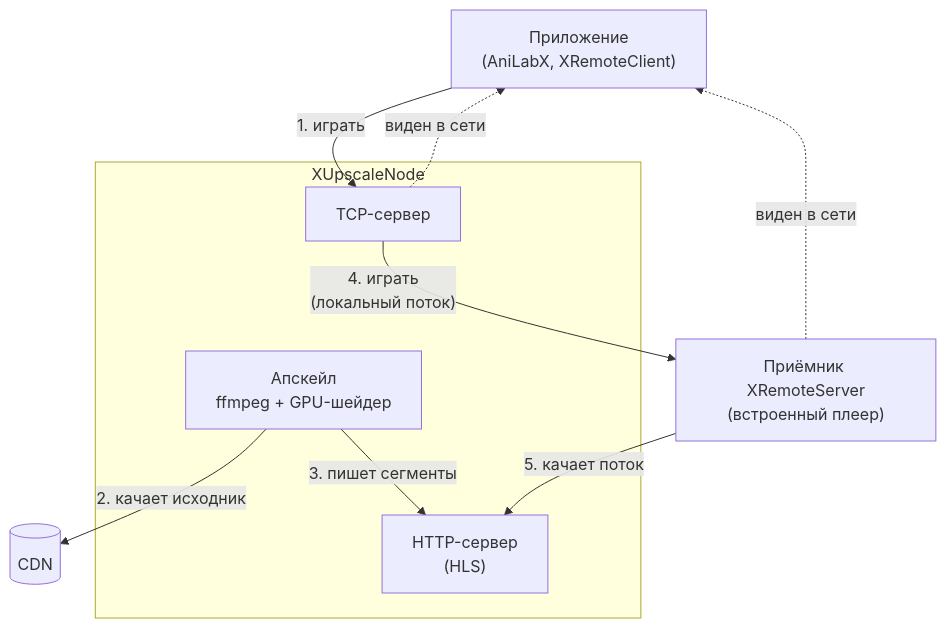
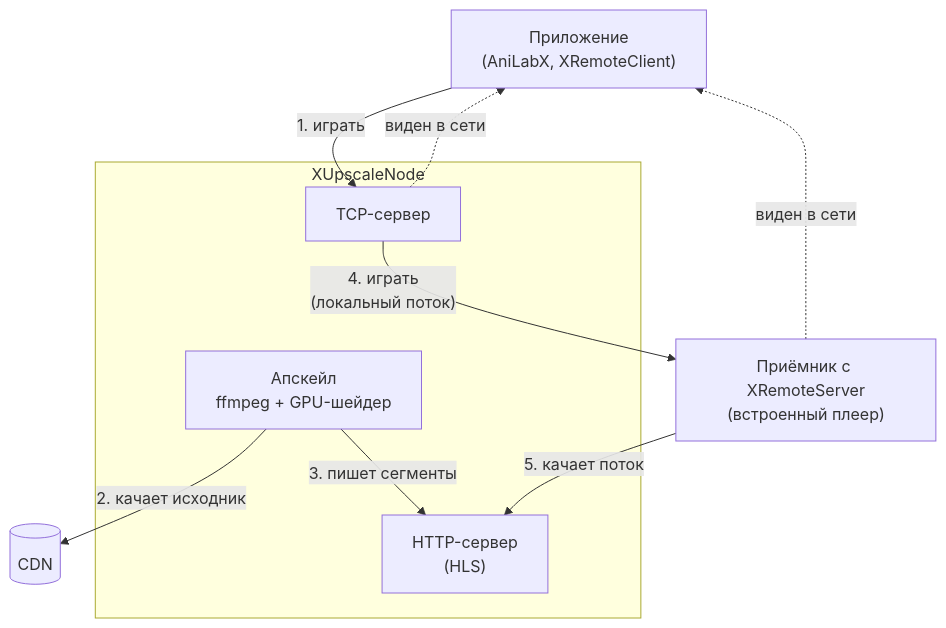
Before and after one commit to ItsRainingToday/XUpscaleNode: the first of 2 diagrams in README.md, drawn with Mermaid.

````diff
--- a/README.md
+++ b/README.md
@@ -33,20 +33,20 @@
 ```mermaid
 flowchart TD
     A["Приложение\n(AniLabX, XRemoteClient)"]
-    E["Приёмник XRemoteServer\n(встроенный плеер)"]
+    E["Приёмник c XRemoteServer\n(встроенный плеер)"]
     F[("CDN")]
 
     subgraph node["XUpscaleNode"]
         B["TCP-сервер"]
         C["Апскейл\nffmpeg + GPU-шейдер"]
         D["HTTP-сервер\n(HLS)"]
     end
 
     B -. "виден в сети" .-> A
     E -. "виден в сети" .-> A
     A -- "1. играть" --> B
     C -- "2. качает исходник" --> F
     C -- "3. пишет сегменты" --> D
     B -- "4. играть\n(локальный поток)" --> E
     E -- "5. качает поток" --> D
 ```
````
